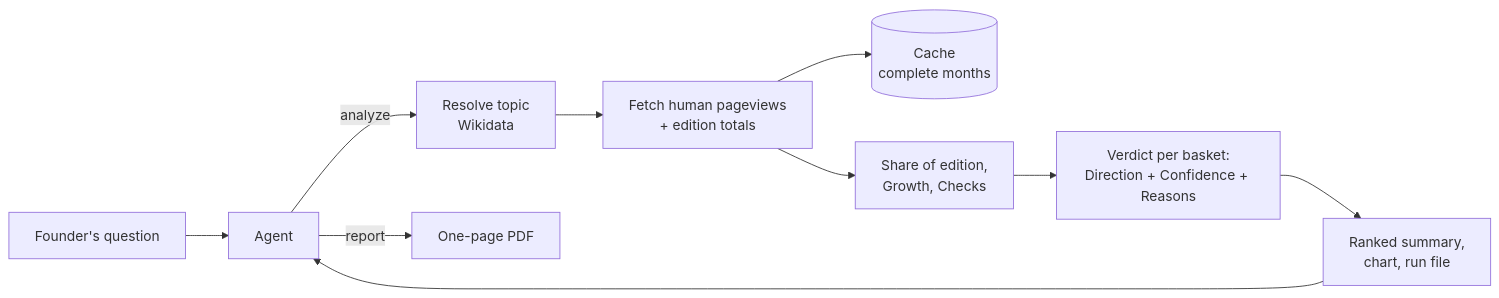
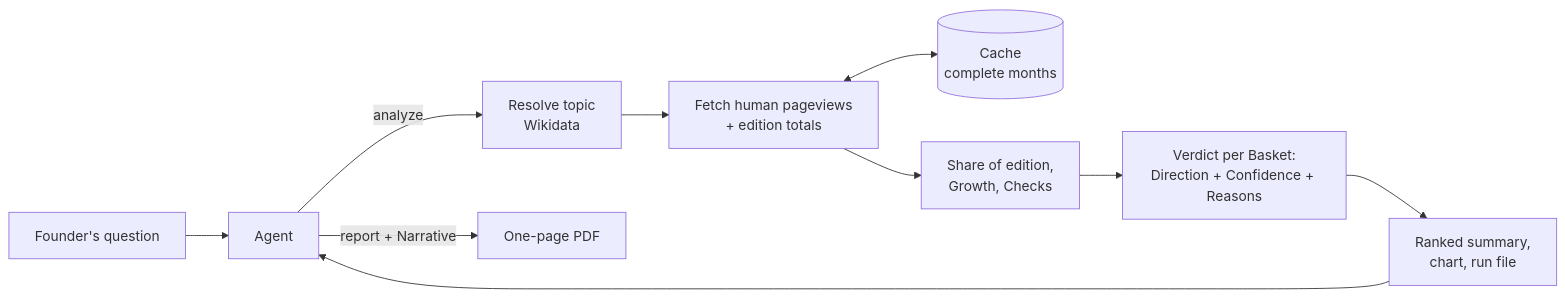
The diagram in README.md (VadimZaporozhets/ai-product-engineering-case-task), drawn with Mermaid before and after one commit. The commit also changed other lines of this file and 19 other files, not shown here.

````diff
--- a/README.md
+++ b/README.md
@@ -39,12 +118,12 @@
 ```mermaid
 flowchart LR
     U[Founder's question] --> A[Agent]
     A -->|analyze| R[Resolve topic<br/>Wikidata]
     R --> F[Fetch human pageviews<br/>+ edition totals]
-    F --> C[(Cache<br/>complete months)]
+    F <--> C[(Cache<br/>complete months)]
     F --> M[Share of edition,<br/>Growth, Checks]
-    M --> V[Verdict per basket:<br/>Direction + Confidence + Reasons]
+    M --> V[Verdict per Basket:<br/>Direction + Confidence + Reasons]
     V --> O[Ranked summary,<br/>chart, run file]
     O --> A
-    A -->|report| P[One-page PDF]
+    A -->|report + Narrative| P[One-page PDF]
 ```
````
